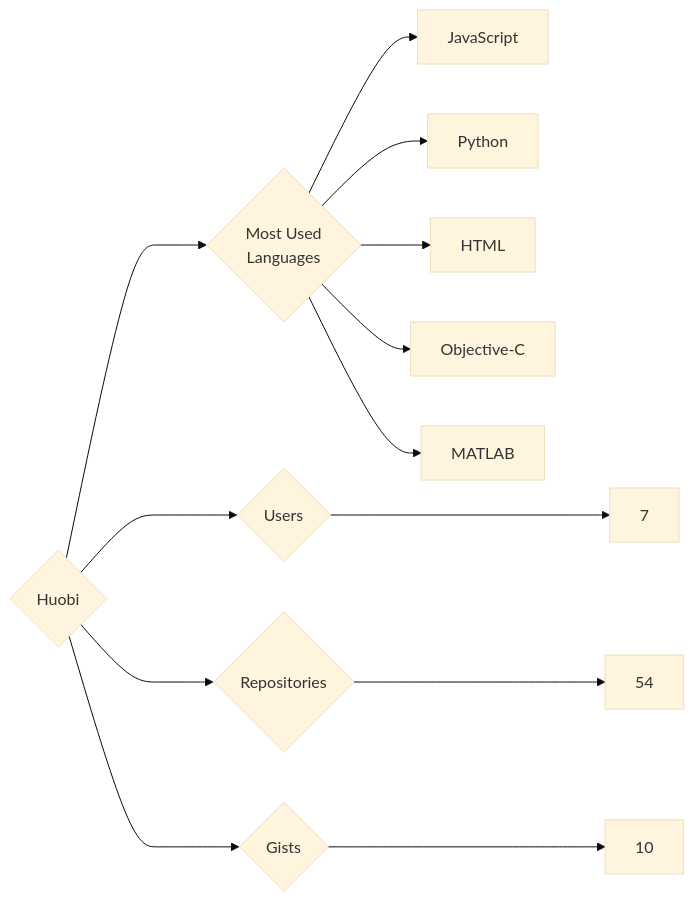
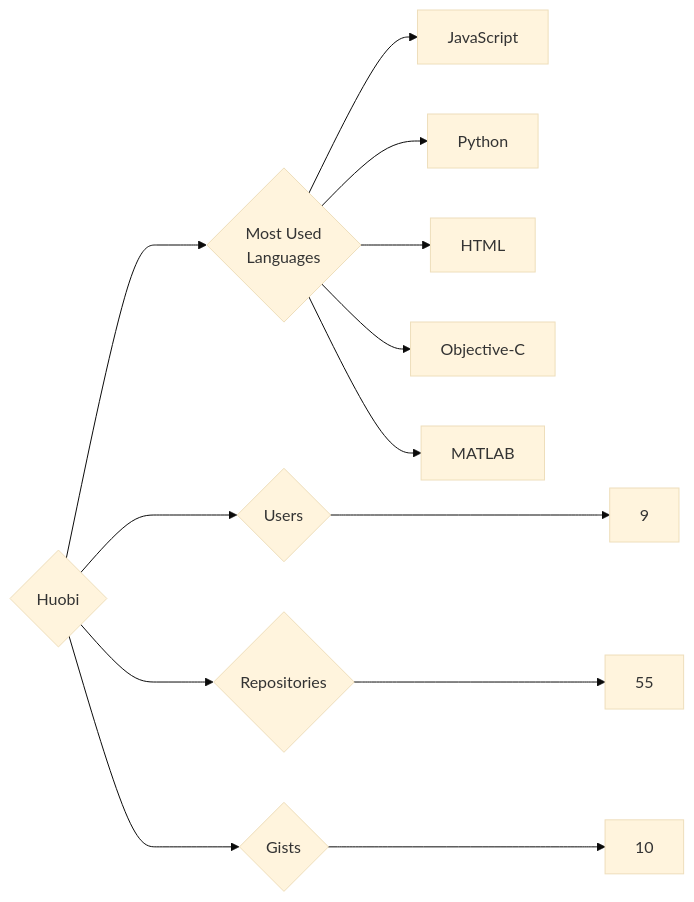
The diagram in targets/Huobi/README.md (trickest/insiders), drawn with Mermaid (base theme) before and after one commit. The commit also changed 934 other files, not shown here.

````diff
--- a/targets/Huobi/README.md
+++ b/targets/Huobi/README.md
@@ -3,13 +3,13 @@
 ```mermaid
 graph LR
 COMPANY_NAME{Huobi}
-COMPANY_NAME ---> U{Users} ---> UN[7]
-COMPANY_NAME ---> R{Repositories} ---> RN[54]
+COMPANY_NAME ---> U{Users} ---> UN[9]
+COMPANY_NAME ---> R{Repositories} ---> RN[55]
 COMPANY_NAME ---> G{Gists} ---> GN[10]
 COMPANY_NAME ---> ML{Most Used<br>Languages}
 ML --> JavaScript[JavaScript]
 ML --> Python[Python]
 ML --> HTML[HTML]
 ML --> Objective-C[Objective-C]
 ML --> MATLAB[MATLAB]
 ```
````
